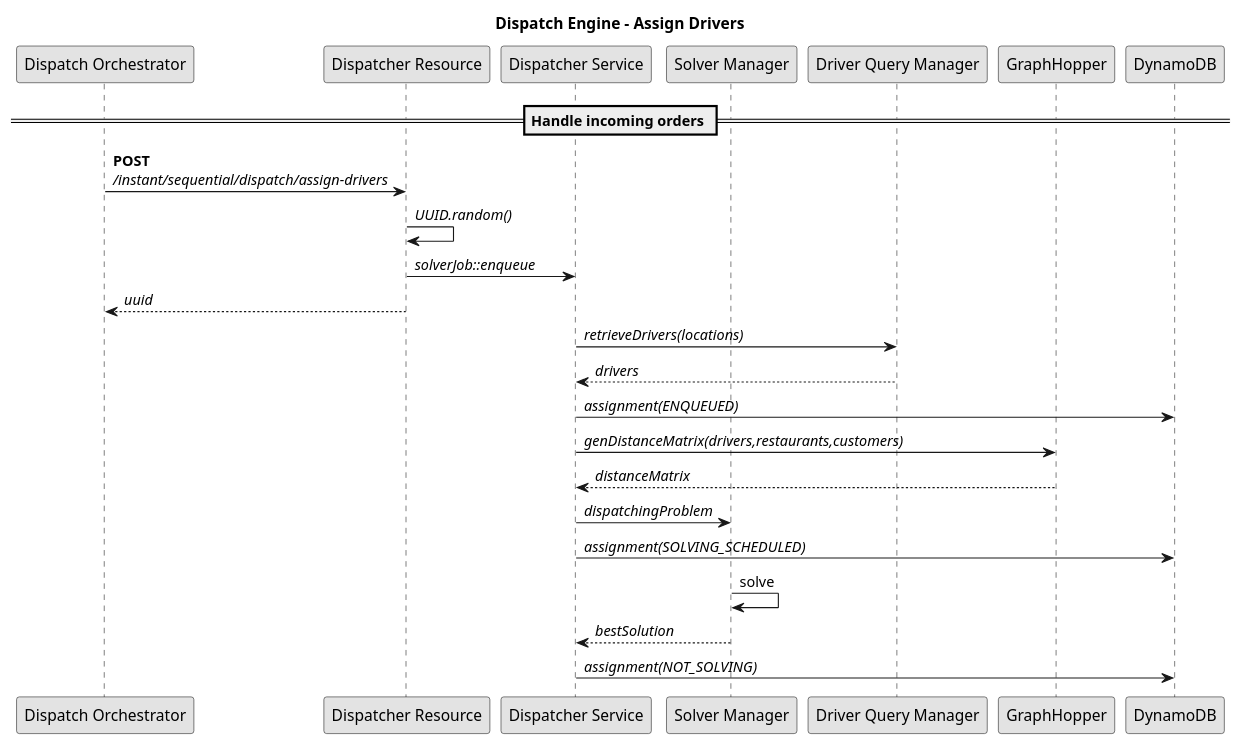
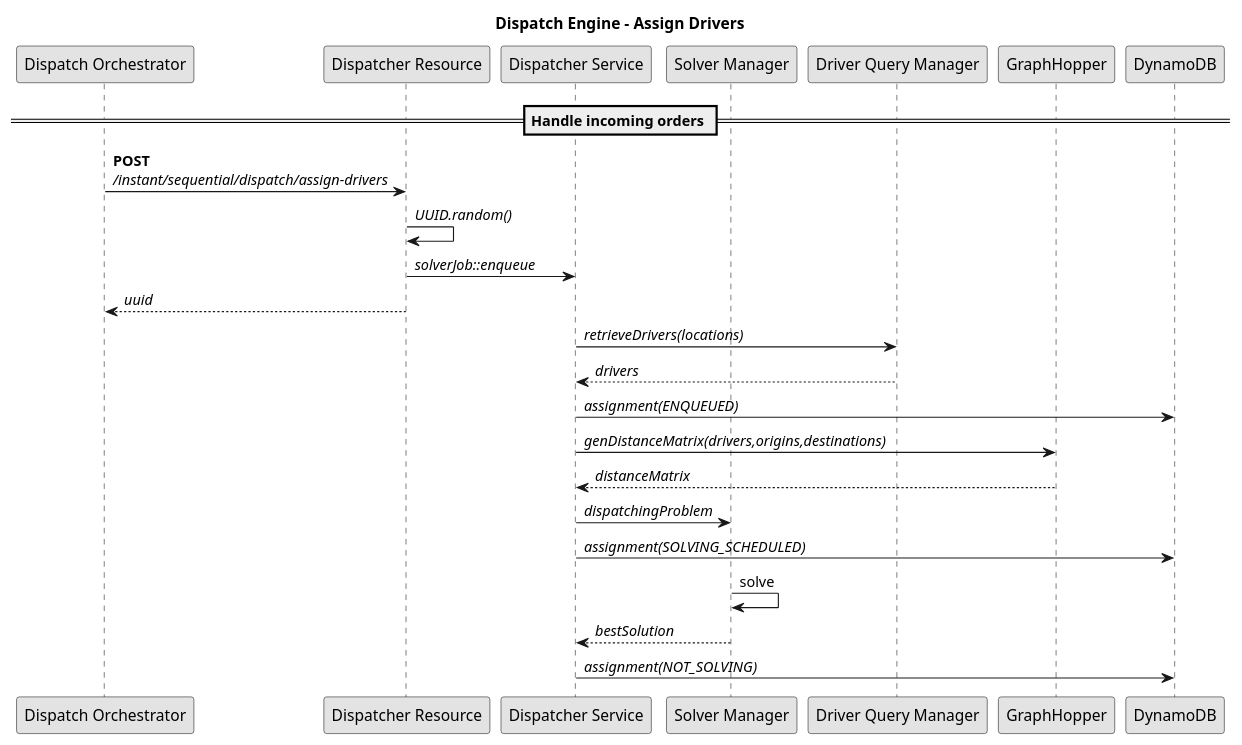
Before and after one commit to aws-samples/aws-last-mile-delivery-hyperlocal: the diagram in prototype/dispatch/order-dispatcher/docs/dispatch-engine-assign-drivers-sequence.plantuml, drawn with PlantUML. The commit also changed 19 other files, not shown here.

```diff
--- a/prototype/dispatch/order-dispatcher/docs/dispatch-engine-assign-drivers-sequence.plantuml
+++ b/prototype/dispatch/order-dispatcher/docs/dispatch-engine-assign-drivers-sequence.plantuml
@@ -1,43 +1,43 @@
 @startuml dispatch-engine-assign-drivers-sequence
 
 skinparam monochrome true
 skinparam responseMessageBelowArrow true
 
 title Dispatch Engine - Assign Drivers
 
 ' participants
 ' ------------
 
 participant "Dispatch Orchestrator" as dispatchOrchestrator
 participant "Dispatcher Resource" as dispatcherResource
 participant "Dispatcher Service" as service
 participant "Solver Manager" as solverManager
 participant "Driver Query Manager" as driverQueryManager
 participant "GraphHopper" as gh
 participant "DynamoDB" as ddb
 
 == Handle incoming orders ==
 
     dispatchOrchestrator -> dispatcherResource : **POST**\n///instant/sequential/dispatch/assign-drivers//
     dispatcherResource -> dispatcherResource : //UUID.random()//
 
     dispatcherResource -> service : //solverJob::enqueue//
     dispatcherResource --> dispatchOrchestrator : //uuid//
 
     service -> driverQueryManager : //retrieveDrivers(locations)//
     driverQueryManager --> service : //drivers//
 
     service -> ddb : //assignment(ENQUEUED)//
 
-    service -> gh : //genDistanceMatrix(drivers,restaurants,customers)//
+    service -> gh : //genDistanceMatrix(drivers,origins,destinations)//
     gh --> service : //distanceMatrix//
 
     service -> solverManager : //dispatchingProblem//
     service -> ddb : //assignment(SOLVING_SCHEDULED)//
 
     solverManager -> solverManager : solve
     solverManager --> service : //bestSolution//
 
     service -> ddb : //assignment(NOT_SOLVING)//
 
 @enduml
```
